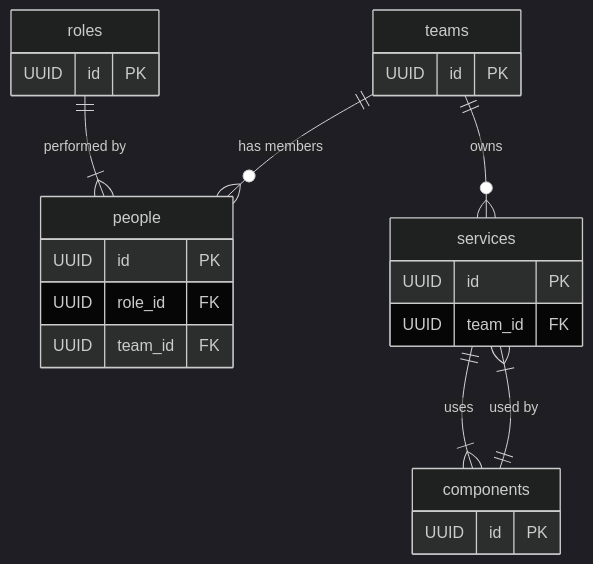
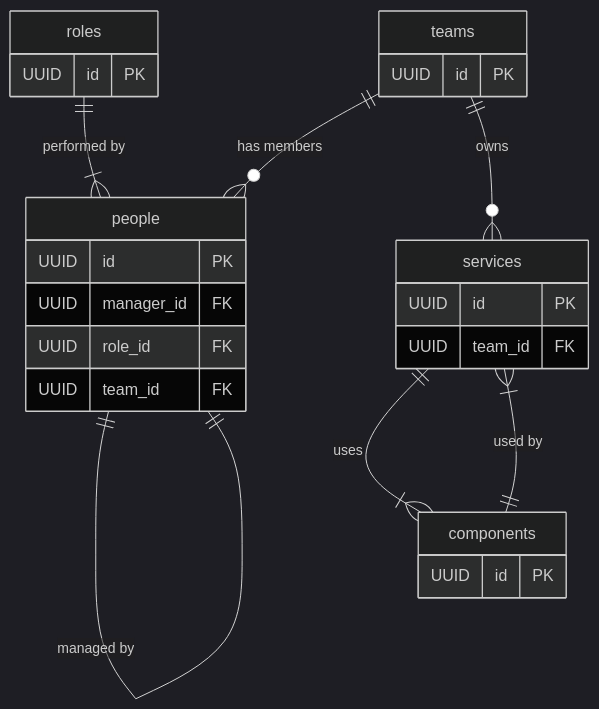
One commit to matthew-shaw/conflux changed the third of 3 diagrams in README.md. Above: the diagram before and after it, drawn with Mermaid (dark theme).

Commit message:
manager id concept

````diff
--- a/README.md
+++ b/README.md
@@ -196,31 +196,33 @@
 ```mermaid
 erDiagram
     roles {
         UUID id PK
     }
 
     people {
         UUID id PK
+        UUID manager_id FK
         UUID role_id FK
         UUID team_id FK
     }
 
     teams {
         UUID id PK
     }
 
     services {
         UUID id PK
         UUID team_id FK
     }
 
     components {
         UUID id PK
     }
 
     roles ||--|{ people : "performed by"
     teams ||--o{ people : "has members"
+    people ||--|| people : "managed by"
     teams ||--o{ services : "owns"
     services ||--|{ components : "uses"
     components ||--|{ services : "used by"
 ```
````
